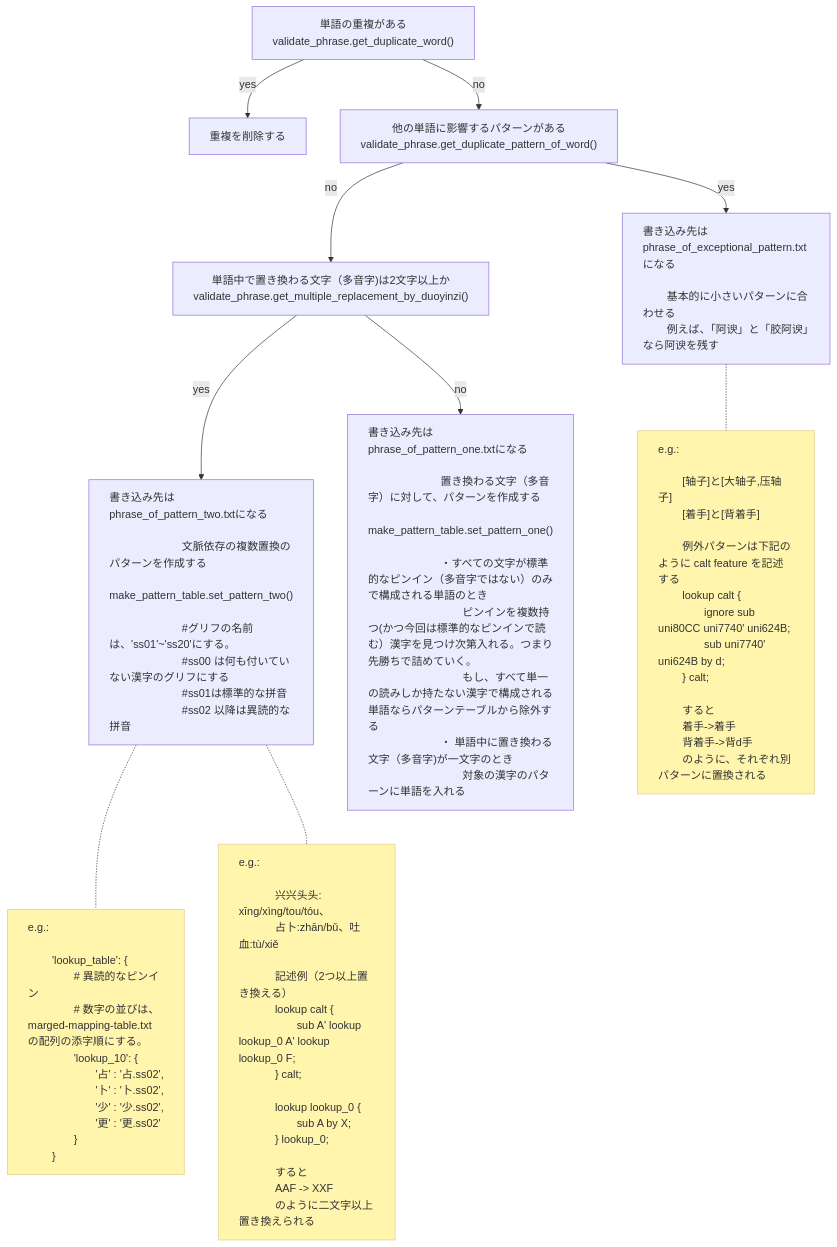
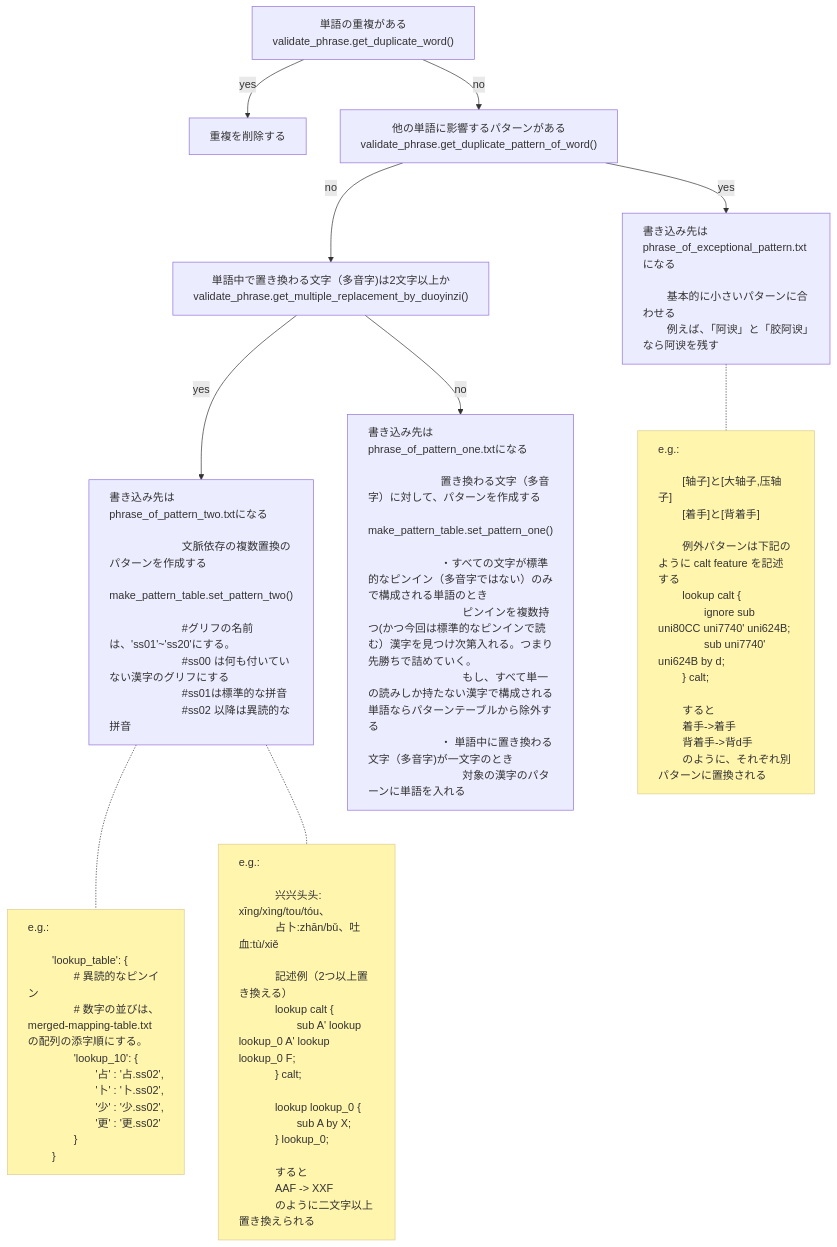
The diagram in res/phonics/duo_yin_zi/README_JP.md (MaruTama/Mengshen-pinyin-font), drawn with Mermaid before and after one commit. The commit also changed 14 other files, not shown here.

```diff
--- a/res/phonics/duo_yin_zi/README_JP.md
+++ b/res/phonics/duo_yin_zi/README_JP.md
@@ -99,7 +99,7 @@
 
         'lookup_table': {
         　　# 異読的なピンイン
-        　　# 数字の並びは、marged-mapping-table.txt の配列の添字順にする。
+        　　# 数字の並びは、merged-mapping-table.txt の配列の添字順にする。
         　　'lookup_10': {
         　　　　'占' : '占.ss02',
         　　　　'卜' : '卜.ss02',
```
